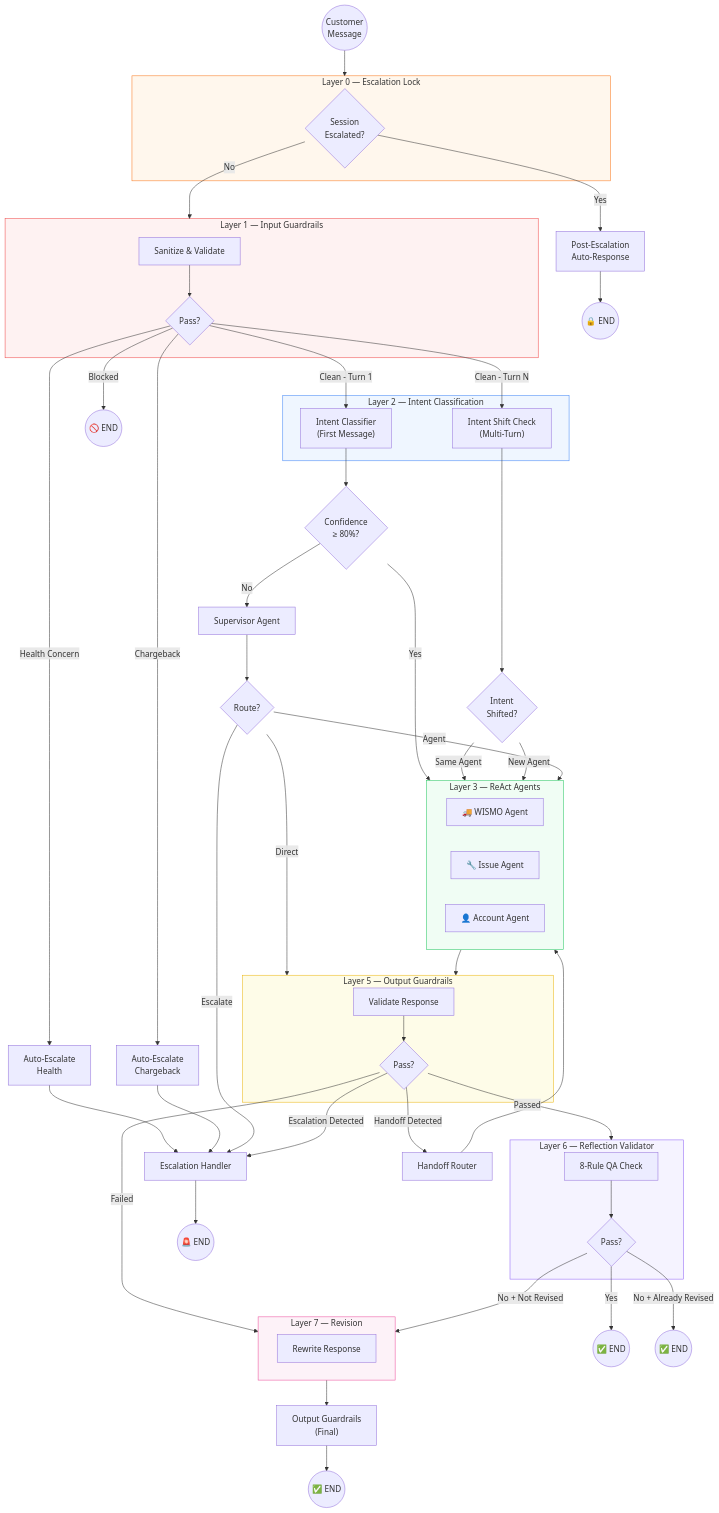
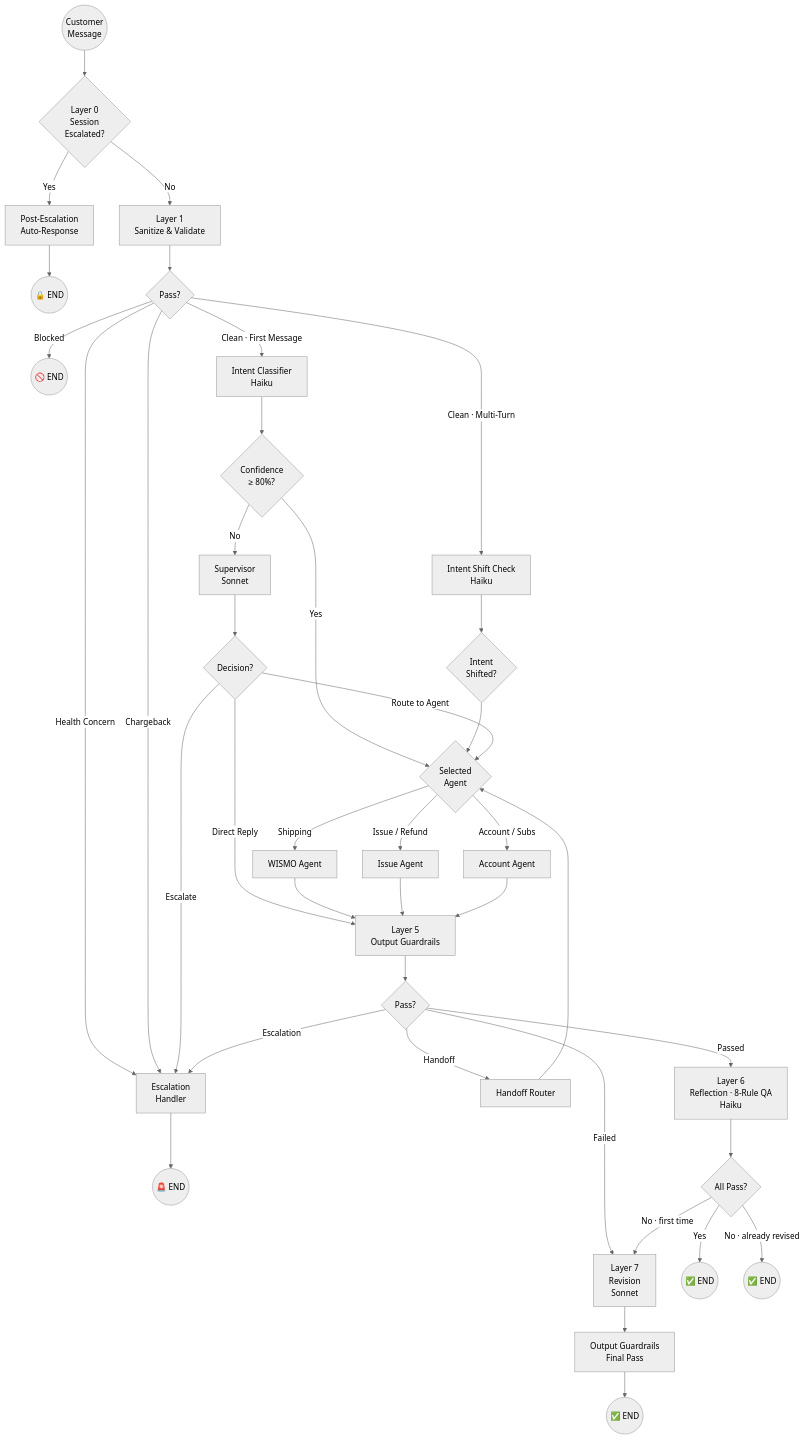
The second of 11 diagrams in README.md (EminDurmuSS/lookfor-hackathon), drawn with Mermaid before and after one commit. The commit also changed other lines of this file, not shown here.

````diff
--- a/README.md
+++ b/README.md
@@ -107,89 +100,60 @@
 ```mermaid
+%%{init: {'theme': 'neutral'}}%%
 flowchart TD
-    START((Customer<br/>Message)) --> L0
+    START(("Customer<br/>Message")) --> L0
 
-    subgraph L0["Layer 0 — Escalation Lock"]
-        EL{"Session<br/>Escalated?"}
-    end
+    L0{"Layer 0<br/>Session<br/>Escalated?"}
 
-    EL -->|Yes| PE["Post-Escalation<br/>Auto-Response"]
-    PE --> END1((🔒 END))
+    L0 -->|Yes| PE["Post-Escalation<br/>Auto-Response"]
+    PE --> END1(("🔒 END"))
 
-    EL -->|No| L1
+    L0 -->|No| IG
 
-    subgraph L1["Layer 1 — Input Guardrails"]
-        IG["Sanitize & Validate"]
-        IG --> IG_CHECK{"Pass?"}
-    end
+    IG["Layer 1<br/>Sanitize & Validate"] --> IG_CHECK{"Pass?"}
 
-    IG_CHECK -->|Blocked| END2((🚫 END))
-    IG_CHECK -->|Health Concern| AEH["Auto-Escalate<br/>Health"]
-    IG_CHECK -->|Chargeback| AEC["Auto-Escalate<br/>Chargeback"]
-    AEH --> ESC_HANDLER["Escalation Handler"]
-    AEC --> ESC_HANDLER
-    ESC_HANDLER --> END3((🚨 END))
+    IG_CHECK -->|Blocked| END2(("🚫 END"))
+    IG_CHECK -->|Health Concern| ESC_HANDLER
+    IG_CHECK -->|Chargeback| ESC_HANDLER
 
-    IG_CHECK -->|Clean - Turn 1| L2A
-    IG_CHECK -->|Clean - Turn N| L2B
+    ESC_HANDLER["Escalation<br/>Handler"] --> END3(("🚨 END"))
 
-    subgraph L2["Layer 2 — Intent Classification"]
-        L2A["Intent Classifier<br/>(First Message)"]
-        L2B["Intent Shift Check<br/>(Multi-Turn)"]
-    end
+    IG_CHECK -->|"Clean · First Message"| IC
+    IG_CHECK -->|"Clean · Multi-Turn"| ISC
 
-    L2A --> CONF{"Confidence<br/>≥ 80%?"}
-    L2B --> SHIFT{"Intent<br/>Shifted?"}
+    IC["Intent Classifier<br/>Haiku"] --> CONF{"Confidence<br/>≥ 80%?"}
+    ISC["Intent Shift Check<br/>Haiku"] --> SHIFT{"Intent<br/>Shifted?"}
 
-    CONF -->|Yes| L3
-    CONF -->|No| SUP["Supervisor Agent"]
-    SHIFT -->|Same Agent| L3
-    SHIFT -->|New Agent| L3
+    CONF -->|Yes| ROUTE
+    CONF -->|No| SUP["Supervisor<br/>Sonnet"]
+    SHIFT --> ROUTE
 
-    SUP --> SUP_ROUTE{"Route?"}
-    SUP_ROUTE -->|Agent| L3
-    SUP_ROUTE -->|Direct| L5
+    SUP --> SUP_ROUTE{"Decision?"}
+    SUP_ROUTE -->|Route to Agent| ROUTE
+    SUP_ROUTE -->|Direct Reply| OG
     SUP_ROUTE -->|Escalate| ESC_HANDLER
 
-    subgraph L3["Layer 3 — ReAct Agents"]
-        WA["🚚 WISMO Agent"]
-        IA["🔧 Issue Agent"]
-        AA["👤 Account Agent"]
-    end
+    ROUTE{"Selected<br/>Agent"} -->|Shipping| WA["WISMO Agent"]
+    ROUTE -->|Issue / Refund| IA["Issue Agent"]
+    ROUTE -->|Account / Subs| AA["Account Agent"]
 
-    L3 --> L5
+    WA --> OG
+    IA --> OG
+    AA --> OG
 
-    subgraph L5["Layer 5 — Output Guardrails"]
-        OG["Validate Response"]
-        OG --> OG_CHECK{"Pass?"}
-    end
+    OG["Layer 5<br/>Output Guardrails"] --> OG_CHECK{"Pass?"}
 
-    OG_CHECK -->|Escalation Detected| ESC_HANDLER
-    OG_CHECK -->|Handoff Detected| HANDOFF["Handoff Router"]
-    HANDOFF --> L3
-    OG_CHECK -->|Failed| L7
-    OG_CHECK -->|Passed| L6
+    OG_CHECK -->|Escalation| ESC_HANDLER
+    OG_CHECK -->|Handoff| HO["Handoff Router"]
+    HO --> ROUTE
+    OG_CHECK -->|Failed| REV
+    OG_CHECK -->|Passed| REFLECT
 
-    subgraph L6["Layer 6 — Reflection Validator"]
-        RV["8-Rule QA Check"]
-        RV --> RV_CHECK{"Pass?"}
-    end
+    REFLECT["Layer 6<br/>Reflection · 8-Rule QA<br/>Haiku"] --> RV_CHECK{"All Pass?"}
 
-    RV_CHECK -->|Yes| END4((✅ END))
-    RV_CHECK -->|No + Not Revised| L7
-    RV_CHECK -->|No + Already Revised| END5((✅ END))
+    RV_CHECK -->|Yes| END4(("✅ END"))
+    RV_CHECK -->|"No · first time"| REV
+    RV_CHECK -->|"No · already revised"| END5(("✅ END"))
 
-    subgraph L7["Layer 7 — Revision"]
-        REV["Rewrite Response"]
-    end
-
-    L7 --> OGF["Output Guardrails<br/>(Final)"]
-    OGF --> END6((✅ END))
-
-    style L0 fill:#fff7ed,stroke:#f97316
-    style L1 fill:#fef2f2,stroke:#ef4444
-    style L2 fill:#eff6ff,stroke:#3b82f6
-    style L3 fill:#f0fdf4,stroke:#22c55e
-    style L5 fill:#fefce8,stroke:#eab308
-    style L6 fill:#f5f3ff,stroke:#8b5cf6
-    style L7 fill:#fdf2f8,stroke:#ec4899
+    REV["Layer 7<br/>Revision<br/>Sonnet"] --> OG_FINAL["Output Guardrails<br/>Final Pass"]
+    OG_FINAL --> END6(("✅ END"))
 ```
````
